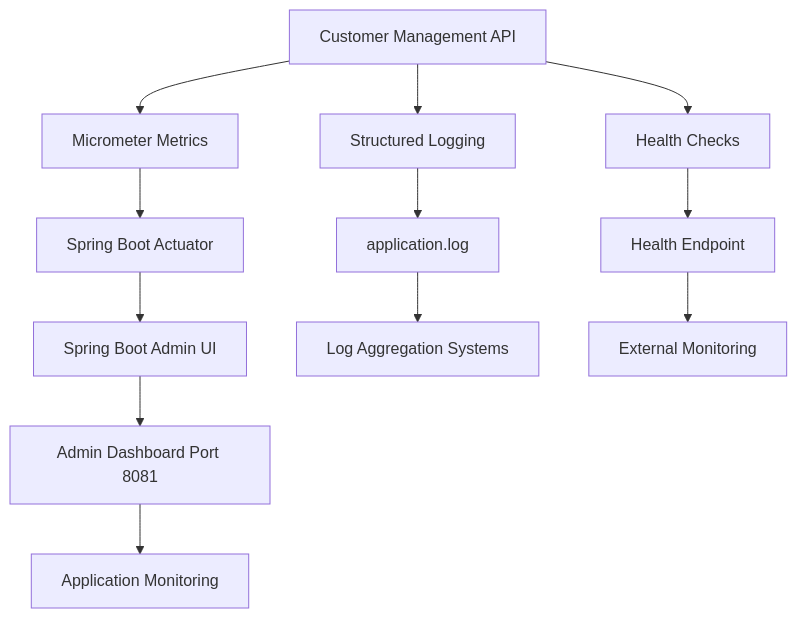
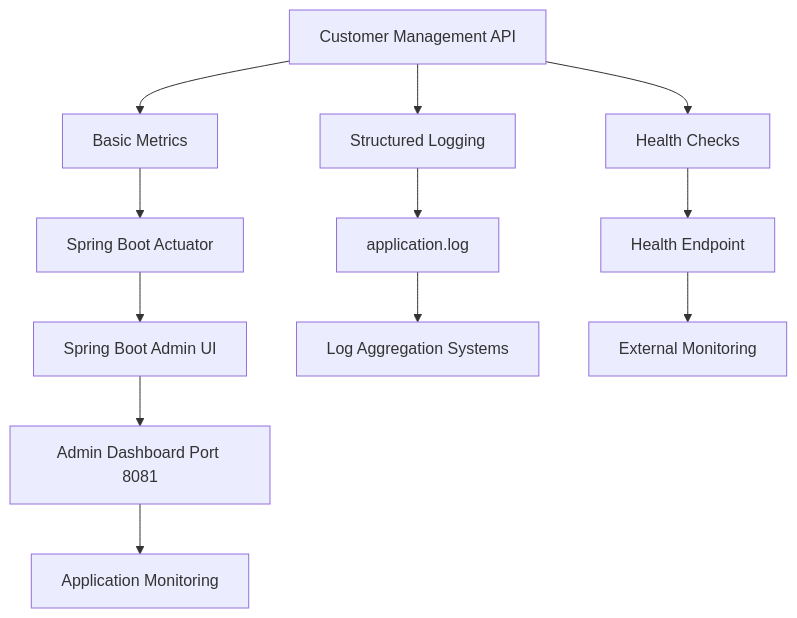
The fifth of 6 diagrams in backend/documentation.md (psticea/tekmetric-interview), drawn with Mermaid before and after one commit. The commit also changed other lines of this file, not shown here.

````diff
--- a/backend/documentation.md
+++ b/backend/documentation.md
@@ -164,16 +157,16 @@
 ```mermaid
 graph TD
-    App[Customer Management API] --> Metrics[Micrometer Metrics]
+    App[Customer Management API] --> Metrics[Basic Metrics]
     App --> Logs[Structured Logging]
     App --> Health[Health Checks]
     Metrics --> Actuator[Spring Boot Actuator]
     Logs --> LogFile[application.log]
     Health --> HealthEndpoint[Health Endpoint]
     
     Actuator --> AdminUI[Spring Boot Admin UI]
     LogFile --> LogAggregation[Log Aggregation Systems]
     HealthEndpoint --> Monitoring[External Monitoring]
     
     AdminUI --> Dashboard[Admin Dashboard Port 8081]
     Dashboard --> Alerts[Application Monitoring]
 ```
````
